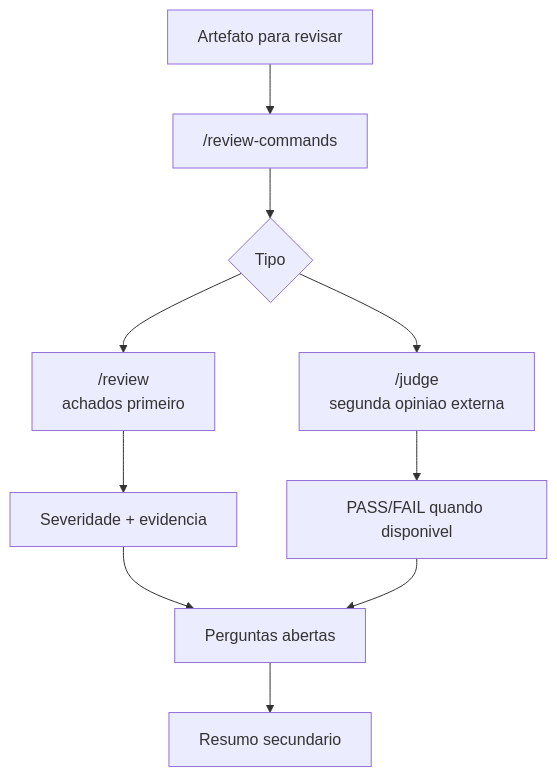
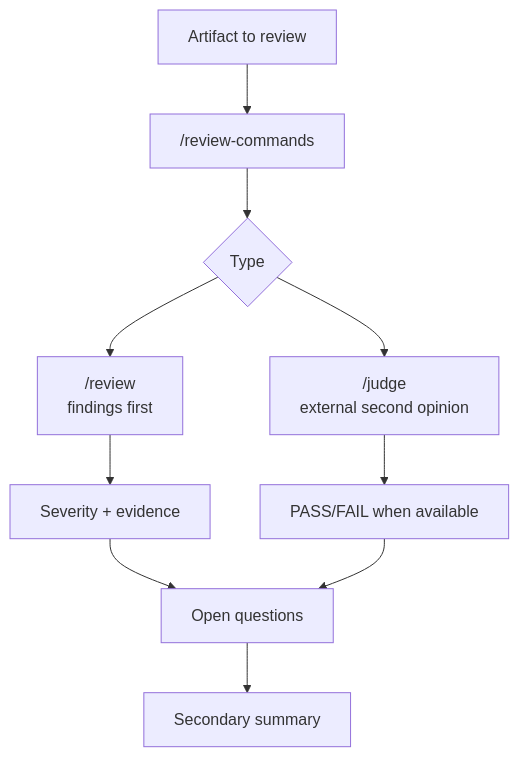
Before and after one commit to Tiao553/sdd-harness-copilot: the diagram in docs/reference/skills/review-commands.md, drawn with Mermaid. The commit also changed other lines of this file and 19 other files, not shown here.

````diff
--- a/docs/reference/skills/review-commands.md
+++ b/docs/reference/skills/review-commands.md
@@ -16,12 +16,12 @@
 ```mermaid
 flowchart TD
-    A["Artefato para revisar"] --> B["/review-commands"]
-    B --> C{"Tipo"}
-    C --> D["/review<br/>achados primeiro"]
-    C --> E["/judge<br/>segunda opiniao externa"]
-    D --> F["Severidade + evidencia"]
-    E --> G["PASS/FAIL quando disponivel"]
-    F --> H["Perguntas abertas"]
+    A["Artifact to review"] --> B["/review-commands"]
+    B --> C{"Type"}
+    C --> D["/review<br/>findings first"]
+    C --> E["/judge<br/>external second opinion"]
+    D --> F["Severity + evidence"]
+    E --> G["PASS/FAIL when available"]
+    F --> H["Open questions"]
     G --> H
-    H --> I["Resumo secundario"]
+    H --> I["Secondary summary"]
 ```
````
